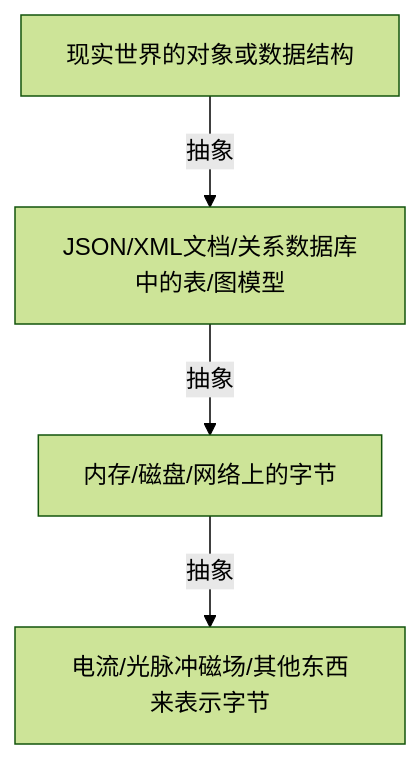
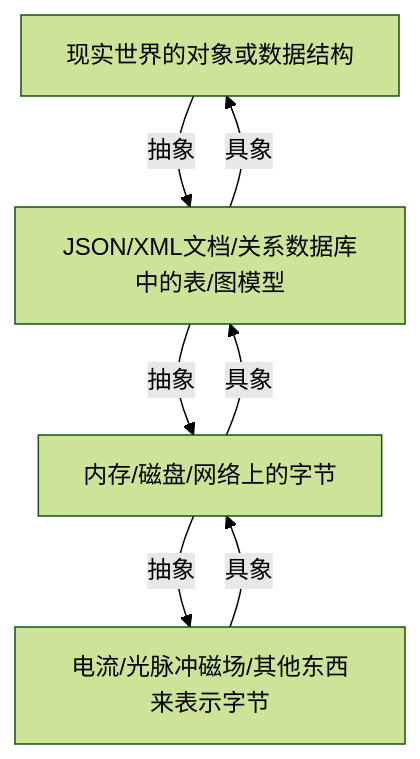
One commit to rameosu/ddia changed the second of 5 diagrams in slides.md. Above: the diagram before and after it, drawn with Mermaid (forest theme). The commit also changed other lines of this file and 7 other files, not shown here.

````diff
--- a/slides.md
+++ b/slides.md
@@ -310,11 +323,13 @@
 ```mermaid {scale: 0.8}
 graph TD
 
 B[现实世界的对象或数据结构]
 C[JSON/XML文档/关系数据库中的表/图模型]
 D[内存/磁盘/网络上的字节]
 E[电流/光脉冲磁场/其他东西来表示字节]
 
 B -->|抽象| C -->|抽象| D -->|抽象| E
 
+E -->|具象| D -->|具象| C -->|具象| B
+
 ```
````
